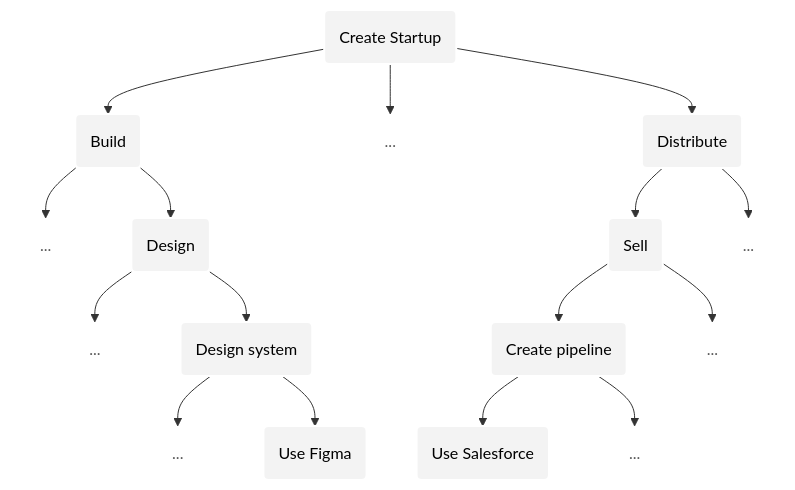
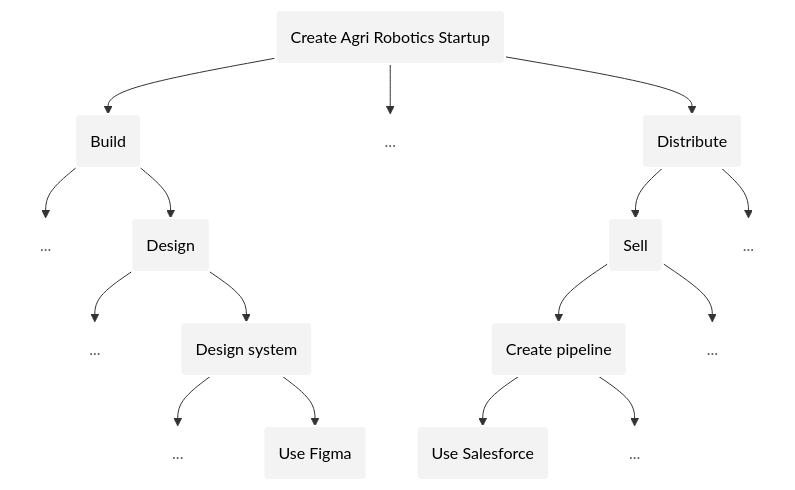
One commit to root-foundation/root changed the diagram in README.md. Above: the diagram before and after it, drawn with Mermaid.

````diff
--- a/README.md
+++ b/README.md
@@ -103,57 +103,57 @@
 ```mermaid
 flowchart TD
     %% Main nodes with curved (stadium) edges
-    Startup("Create Startup")
+    Startup("Create Agri Robotics Startup")
     Build("Build")
     Distribute("Distribute")
     Design("Design")
     BuildSystem("Design system")
     UseFigma("Use Figma")
     Sell("Sell")
     CreatePipeline("Create pipeline")
     UseSalesforce("Use Salesforce")
 
     %% Dimmed placeholder nodes
     StartupEtc["..."]
     BuildEtc["..."]
     DesignEtc["..."]
     BuildSysEtc["..."]
     DistEtc["..."]
     SellEtc["..."]
     PipelineEtc["..."]
 
     %% New placeholder
     %% BuildNew["+++"]
     %% DesignNew["+++"]
     %% BuildSystemNew["+++"]
     %% SellNew["+++"]
     %% CreatePipelineNew["+++"]
 
     %% Connections
     Startup --> Build
     Startup --> StartupEtc
     Startup --> Distribute
 
     Build --> BuildEtc
     Build --> Design
     Design --> DesignEtc
     Design --> BuildSystem
     BuildSystem --> BuildSysEtc
     BuildSystem --> UseFigma
 
     Distribute --> Sell
     Distribute --> DistEtc
     Sell --> CreatePipeline
     Sell --> SellEtc
     CreatePipeline --> UseSalesforce
     CreatePipeline --> PipelineEtc
 
     %% Styling
     classDef mainNode fill:#f3f3f3,stroke:#ffffff,stroke-width:2px,color:#000;
     classDef placeholder fill:transparent,stroke:transparent,color:#555555;
     classDef new fill:transparent,stroke:green,color:green;
 
     class Startup,Build,Distribute,Design,BuildSystem,UseFigma,Sell,CreatePipeline,UseSalesforce mainNode;
     class StartupEtc,BuildEtc,DesignEtc,BuildSysEtc,DistEtc,SellEtc,PipelineEtc placeholder;
     class BuildNew,DesignNew,BuildSystemNew,SellNew,CreatePipelineNew new;
 ```
````
